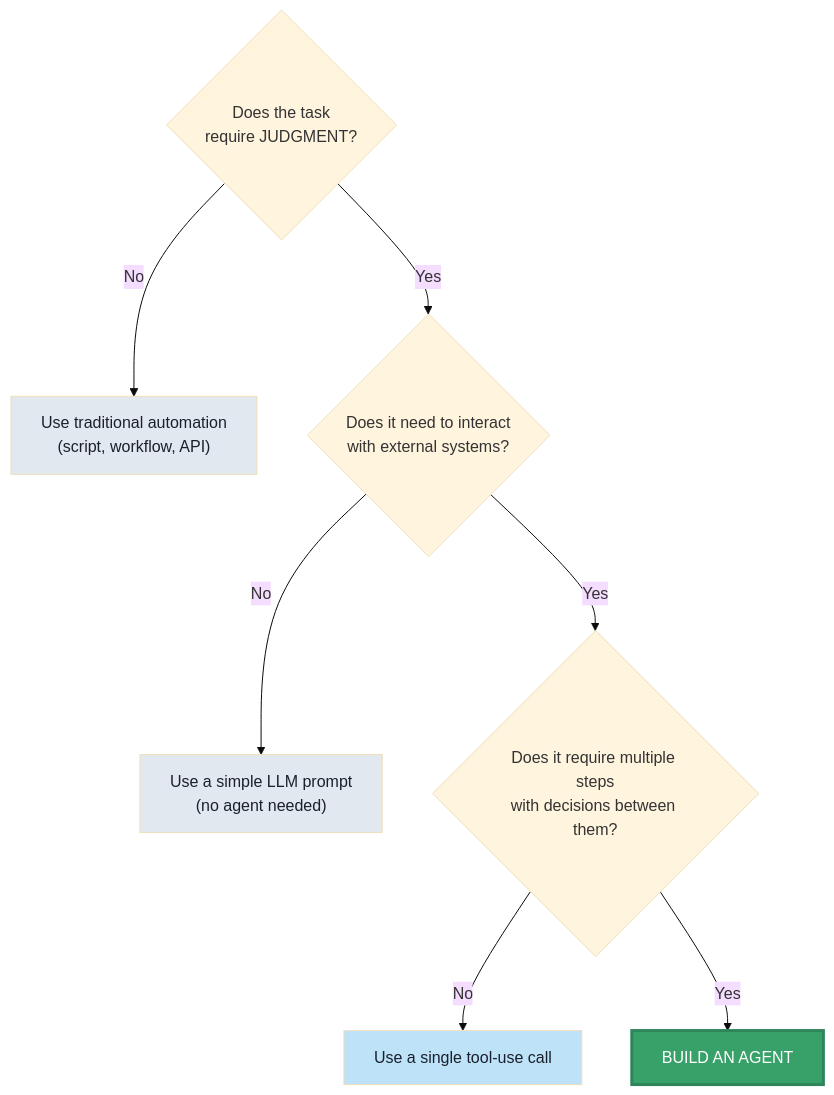
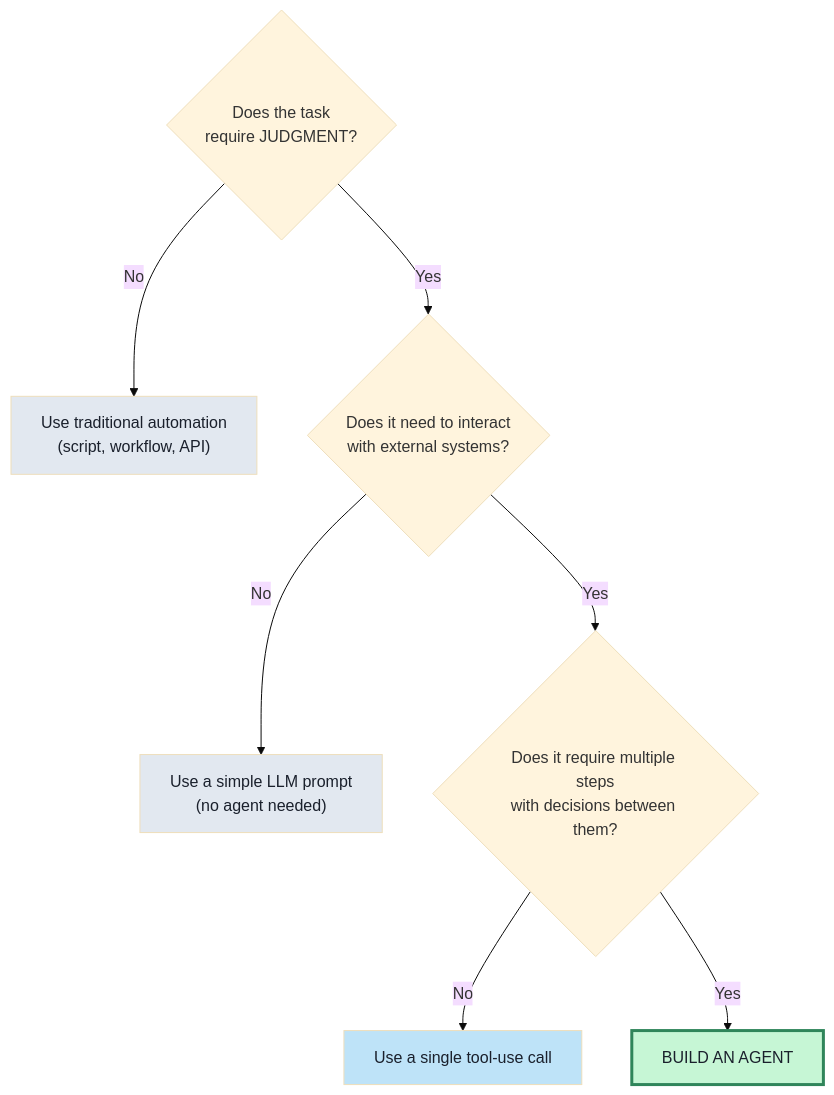
One commit to moltbot47/agentic-ai-course changed the fifth of 5 diagrams in module-1-foundations/curriculum.md. Above: the diagram before and after it, drawn with Mermaid (base theme). The commit also changed other lines of this file and 9 other files, not shown here.

First line of the commit message:
Fix all mermaid boxes to use light fills with dark text

````diff
--- a/module-1-foundations/curriculum.md
+++ b/module-1-foundations/curriculum.md
@@ -216,13 +216,13 @@
 ```mermaid
 flowchart TD
     A{"Does the task\nrequire JUDGMENT?"} -->|No| B["Use traditional automation\n(script, workflow, API)"]
     A -->|Yes| C{"Does it need to interact\nwith external systems?"}
     C -->|No| D["Use a simple LLM prompt\n(no agent needed)"]
     C -->|Yes| E{"Does it require multiple steps\nwith decisions between them?"}
     E -->|No| F["Use a single tool-use call"]
     E -->|Yes| G["BUILD AN AGENT"]
     style B fill:#e2e8f0,color:#1a202c
     style D fill:#e2e8f0,color:#1a202c
     style F fill:#bee3f8,color:#1a202c
-    style G fill:#38a169,color:#fff,stroke:#2f855a,stroke-width:3px
+    style G fill:#c6f6d5,color:#1a202c,stroke:#2f855a,stroke-width:3px
 ```
````
